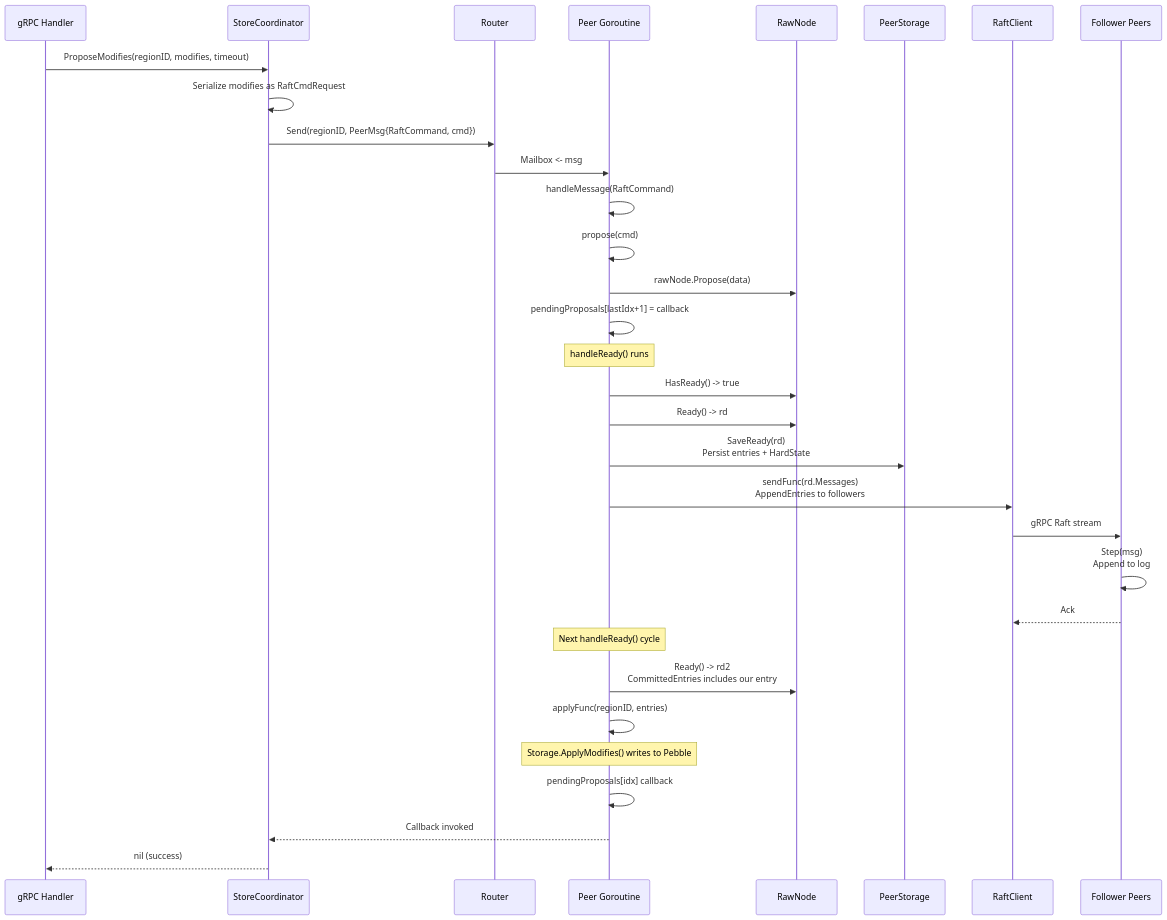
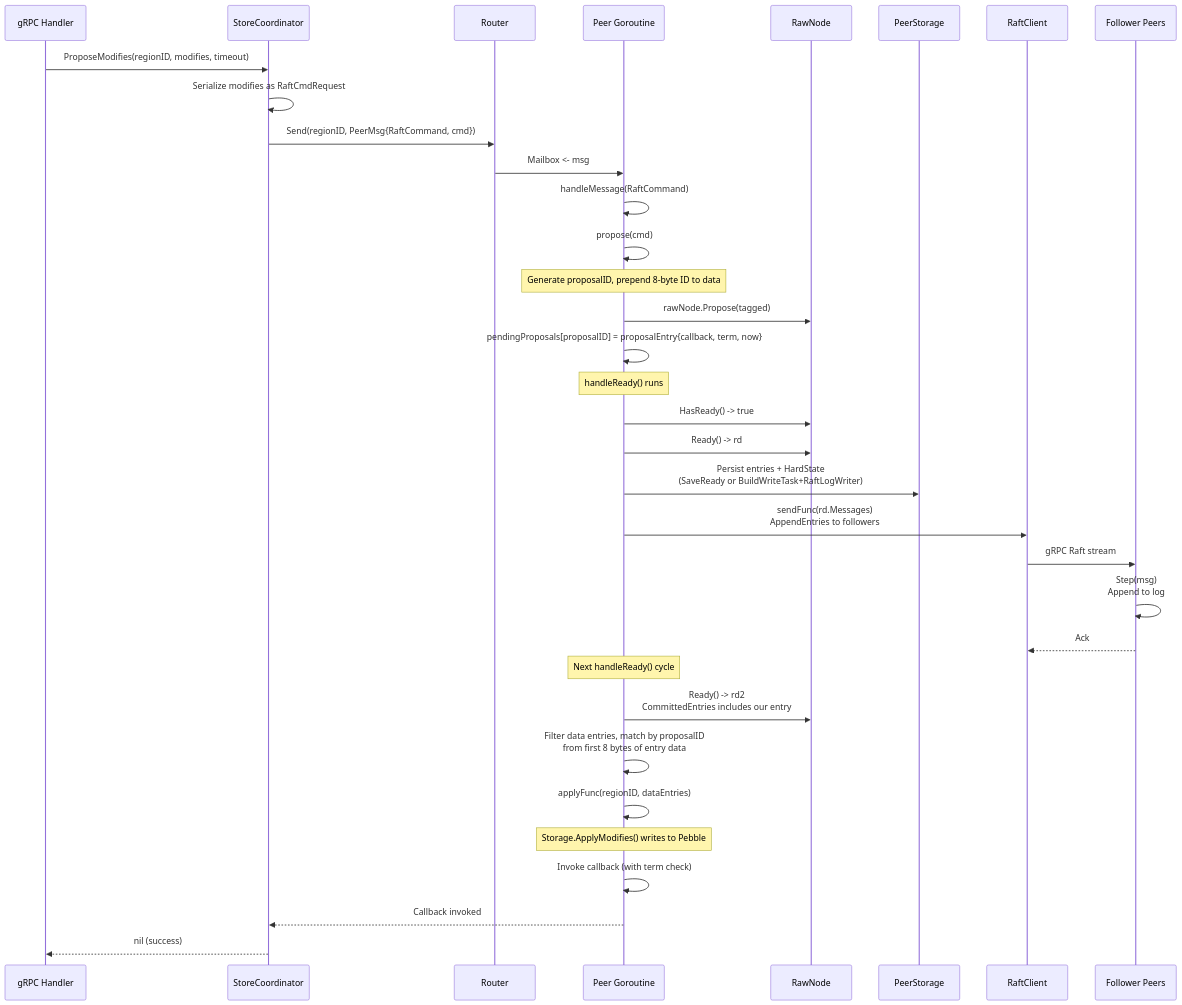
Before and after one commit to ryogrid/gookvs: the ninth of 17 diagrams in gookv-design/03_raft_consensus.md, drawn with Mermaid. The commit also changed other lines of this file and 17 other files, not shown here.

````diff
--- a/gookv-design/03_raft_consensus.md
+++ b/gookv-design/03_raft_consensus.md
@@ -986,46 +1050,48 @@
 ```mermaid
 sequenceDiagram
     participant Client as gRPC Handler
     participant Coord as StoreCoordinator
     participant Router
     participant Peer as Peer Goroutine
     participant RawNode
     participant Storage as PeerStorage
     participant Transport as RaftClient
     participant Follower as Follower Peers
 
     Client->>Coord: ProposeModifies(regionID, modifies, timeout)
     Coord->>Coord: Serialize modifies as RaftCmdRequest
 
     Coord->>Router: Send(regionID, PeerMsg{RaftCommand, cmd})
     Router->>Peer: Mailbox <- msg
 
     Peer->>Peer: handleMessage(RaftCommand)
     Peer->>Peer: propose(cmd)
-    Peer->>RawNode: rawNode.Propose(data)
-    Peer->>Peer: pendingProposals[lastIdx+1] = callback
+    Note over Peer: Generate proposalID, prepend 8-byte ID to data
+    Peer->>RawNode: rawNode.Propose(tagged)
+    Peer->>Peer: pendingProposals[proposalID] = proposalEntry{callback, term, now}
 
     Note over Peer: handleReady() runs
 
     Peer->>RawNode: HasReady() -> true
     Peer->>RawNode: Ready() -> rd
 
-    Peer->>Storage: SaveReady(rd)<br/>Persist entries + HardState
+    Peer->>Storage: Persist entries + HardState<br/>(SaveReady or BuildWriteTask+RaftLogWriter)
 
     Peer->>Transport: sendFunc(rd.Messages)<br/>AppendEntries to followers
 
     Transport->>Follower: gRPC Raft stream
     Follower->>Follower: Step(msg)<br/>Append to log
     Follower-->>Transport: Ack
 
     Note over Peer: Next handleReady() cycle
 
     Peer->>RawNode: Ready() -> rd2<br/>CommittedEntries includes our entry
 
-    Peer->>Peer: applyFunc(regionID, entries)
+    Peer->>Peer: Filter data entries, match by proposalID<br/>from first 8 bytes of entry data
+    Peer->>Peer: applyFunc(regionID, dataEntries)
     Note over Peer: Storage.ApplyModifies() writes to Pebble
 
-    Peer->>Peer: pendingProposals[idx] callback
+    Peer->>Peer: Invoke callback (with term check)
     Peer-->>Coord: Callback invoked
     Coord-->>Client: nil (success)
 ```
````
